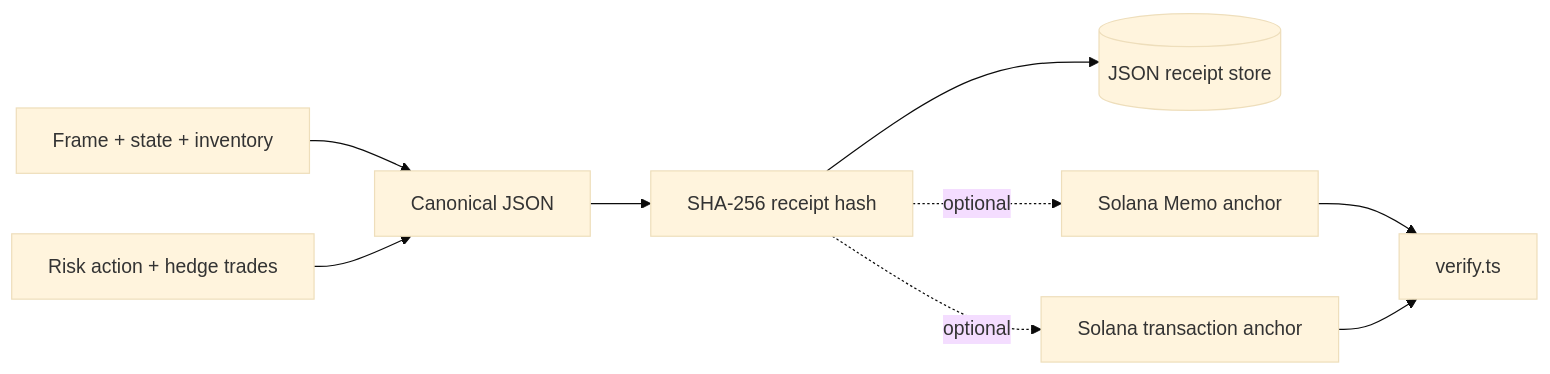
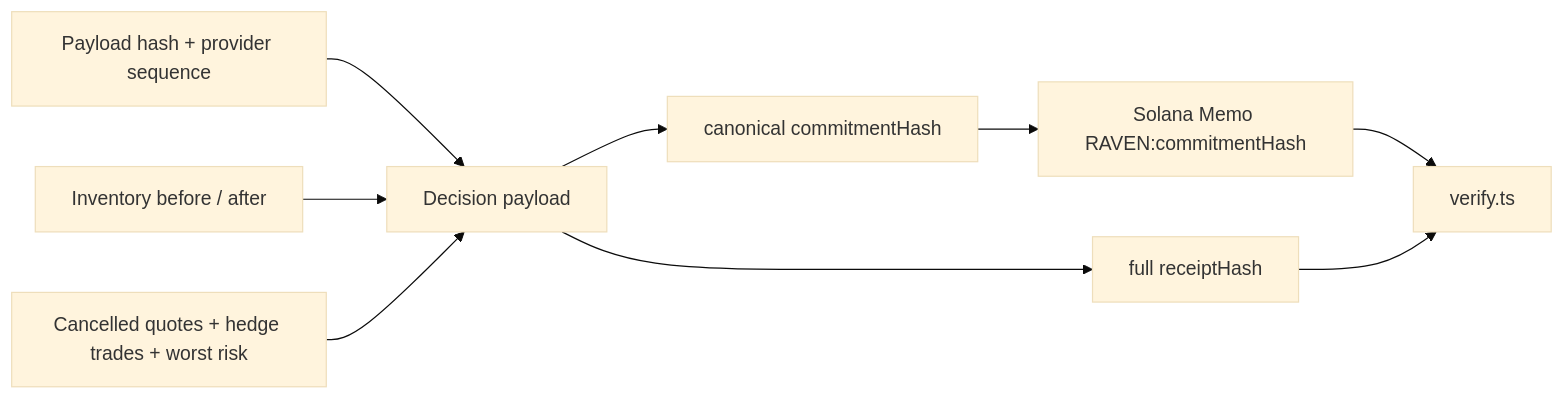
One commit to karagozemin/RAVEN changed the ninth of 11 diagrams in ARCHITECTURE.md. Above: the diagram before and after it, drawn with Mermaid (base theme). The commit also changed other lines of this file and 59 other files, not shown here.

````diff
--- a/ARCHITECTURE.md
+++ b/ARCHITECTURE.md
@@ -237,11 +275,11 @@
 ```mermaid
 flowchart LR
-    INPUTS[Frame + state + inventory] --> CANON[Canonical JSON]
-    ACTION[Risk action + hedge trades] --> CANON
-    CANON --> SHA[SHA-256 receipt hash]
-    SHA --> LOCAL[(JSON receipt store)]
-    SHA -. optional .-> MEMO[Solana Memo anchor]
-    SHA -. optional .-> TX[Solana transaction anchor]
-    MEMO --> VERIFY[verify.ts]
-    TX --> VERIFY
+    F[Payload hash + provider sequence] --> B[Decision payload]
+    I[Inventory before / after] --> B
+    H[Cancelled quotes + hedge trades + worst risk] --> B
+    B --> C[canonical commitmentHash]
+    C --> M[Solana Memo RAVEN:commitmentHash]
+    B --> RH[full receiptHash]
+    M --> TS[verify.ts]
+    RH --> TS
 ```
````
